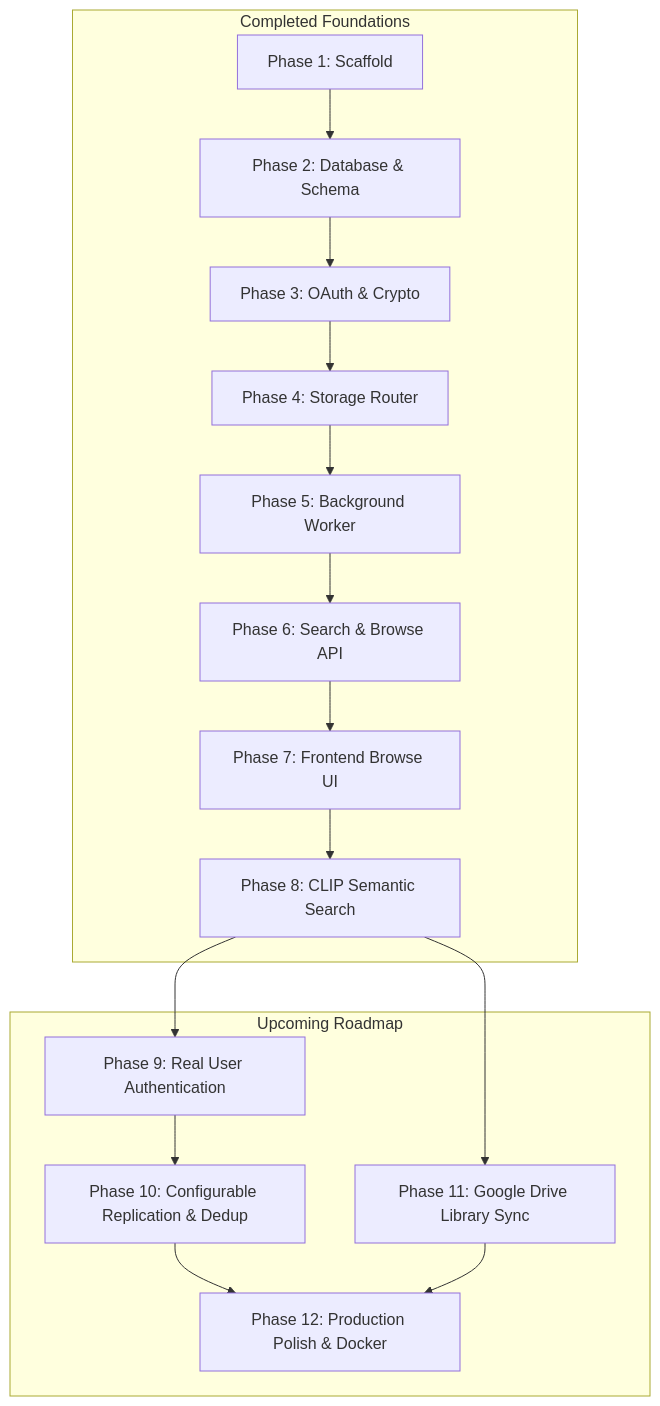
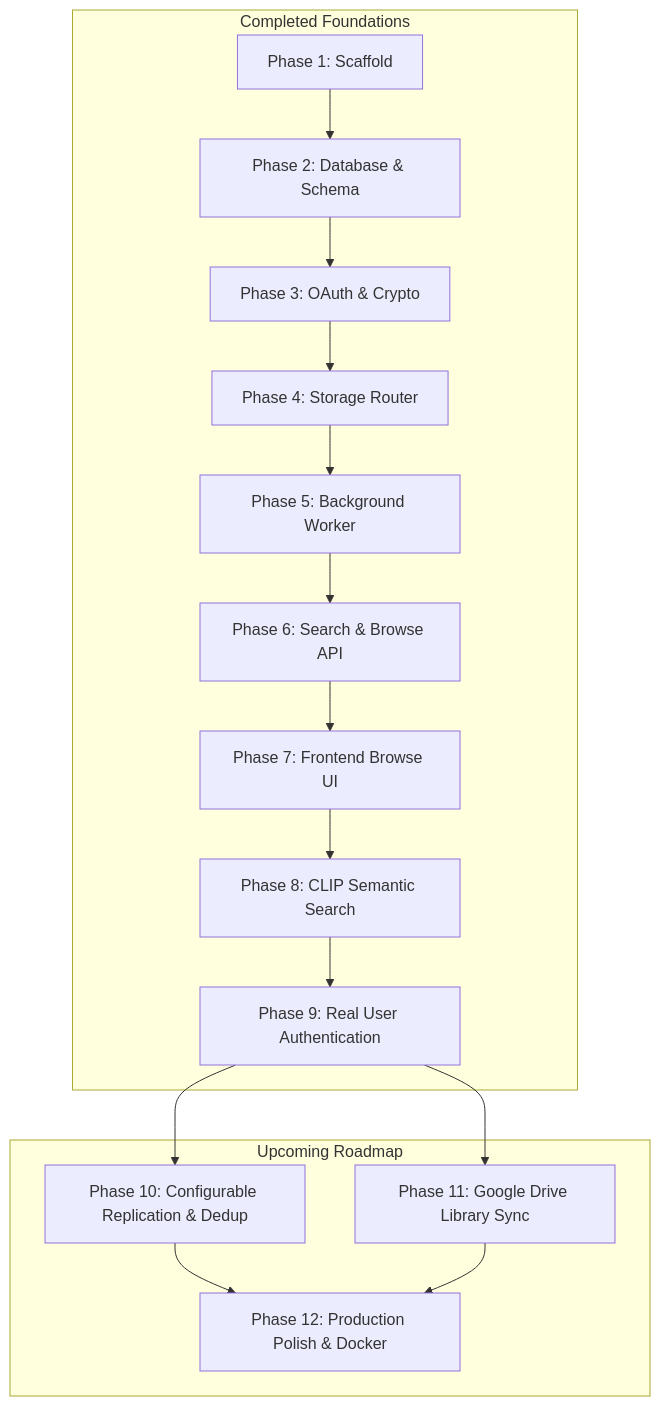
Before and after one commit to RuchitPahadia/Drive_Orchestrator: the diagram in steps.md, drawn with Mermaid. The commit also changed other lines of this file and 25 other files, not shown here.

Commit message:
feat: implement Phase 9 real user authentication with NextAuth.js v5 and role-based access

````diff
--- a/steps.md
+++ b/steps.md
@@ -188,20 +205,20 @@
 ```mermaid
 flowchart TD
     subgraph Completed [Completed Foundations]
         P1[Phase 1: Scaffold] --> P2[Phase 2: Database & Schema]
         P2 --> P3[Phase 3: OAuth & Crypto]
         P3 --> P4[Phase 4: Storage Router]
         P4 --> P5[Phase 5: Background Worker]
         P5 --> P6[Phase 6: Search & Browse API]
         P6 --> P7[Phase 7: Frontend Browse UI]
         P7 --> P8[Phase 8: CLIP Semantic Search]
+        P8 --> P9[Phase 9: Real User Authentication]
     end
 
     subgraph Upcoming [Upcoming Roadmap]
-        P8 --> P9[Phase 9: Real User Authentication]
         P9 --> P10[Phase 10: Configurable Replication & Dedup]
-        P8 --> P11[Phase 11: Google Drive Library Sync]
+        P9 --> P11[Phase 11: Google Drive Library Sync]
         P10 --> P12[Phase 12: Production Polish & Docker]
         P11 --> P12
     end
 ```
````
